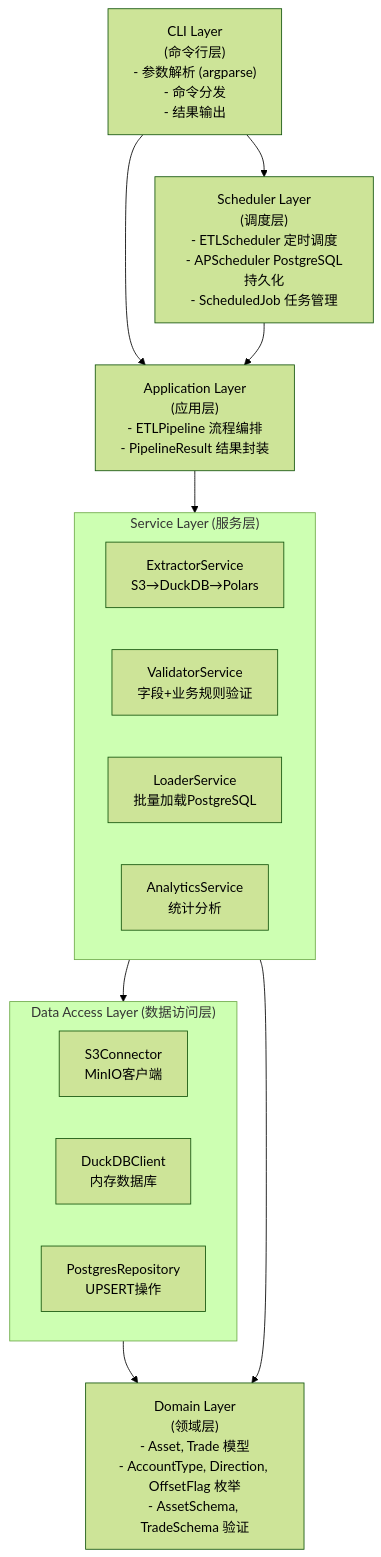
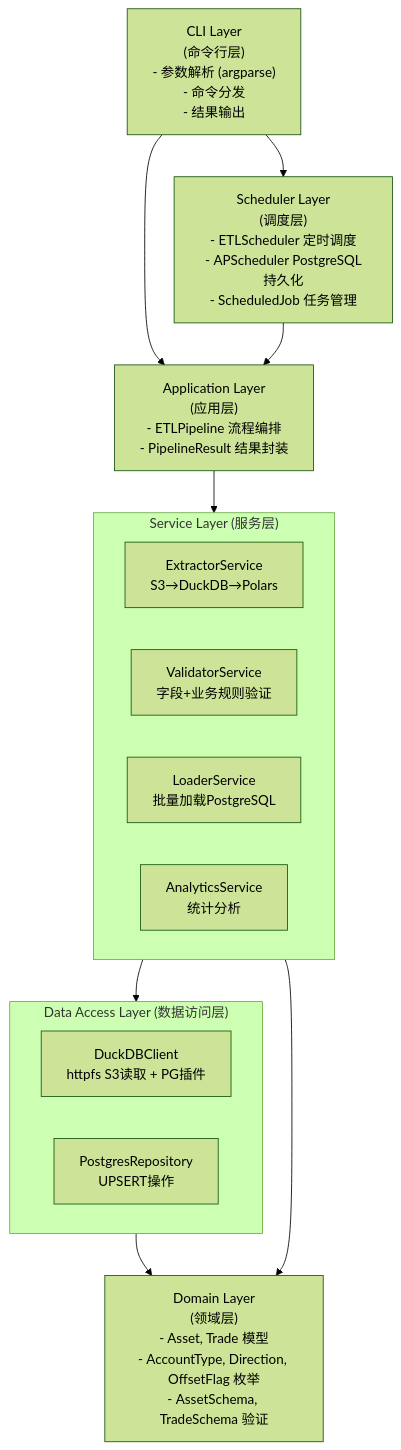
The second of 8 diagrams in doc/architecture.md (zhj0513/small_etl), drawn with Mermaid (forest theme) before and after one commit. The commit also changed other lines of this file and 3 other files, not shown here.

````diff
--- a/doc/architecture.md
+++ b/doc/architecture.md
@@ -41,52 +41,51 @@
 ```mermaid
 flowchart TB
     %% ======================
     %% CLI Layer
     %% ======================
     CLI["CLI Layer<br/>(命令行层)<br/>- 参数解析 (argparse)<br/>- 命令分发<br/>- 结果输出"]
 
     %% ======================
     %% Scheduler Layer
     %% ======================
     SCHEDULER["Scheduler Layer<br/>(调度层)<br/>- ETLScheduler 定时调度<br/>- APScheduler PostgreSQL持久化<br/>- ScheduledJob 任务管理"]
 
     %% ======================
     %% Application Layer
     %% ======================
     APP["Application Layer<br/>(应用层)<br/>- ETLPipeline 流程编排<br/>- PipelineResult 结果封装"]
 
     %% ======================
     %% Service Layer
     %% ======================
     subgraph SERVICE["Service Layer (服务层)"]
         EX["ExtractorService<br/>S3→DuckDB→Polars"]
         VA["ValidatorService<br/>字段+业务规则验证"]
         LO["LoaderService<br/>批量加载PostgreSQL"]
         AN["AnalyticsService<br/>统计分析"]
     end
 
     %% ======================
     %% Data Access Layer
     %% ======================
     subgraph DAL["Data Access Layer (数据访问层)"]
-        S3["S3Connector<br/>MinIO客户端"]
-        DUCK["DuckDBClient<br/>内存数据库"]
+        DUCK["DuckDBClient<br/>httpfs S3读取 + PG插件"]
         PG["PostgresRepository<br/>UPSERT操作"]
     end
 
     %% ======================
     %% Domain Layer
     %% ======================
     DOMAIN["Domain Layer<br/>(领域层)<br/>- Asset, Trade 模型<br/>- AccountType, Direction, OffsetFlag 枚举<br/>- AssetSchema, TradeSchema 验证"]
 
     %% ======================
     %% Layer Connections
     %% ======================
     CLI --> SCHEDULER
     CLI --> APP
     SCHEDULER --> APP
     APP --> SERVICE
     SERVICE --> DAL
     DAL --> DOMAIN
     SERVICE --> DOMAIN
 ```
````
